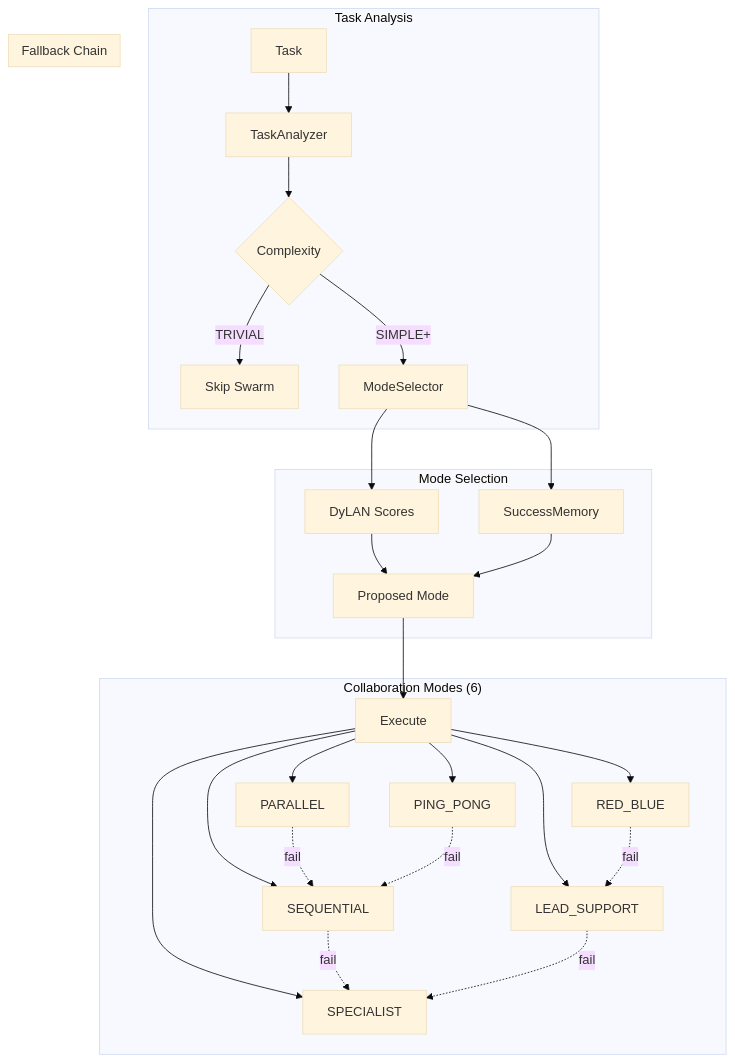
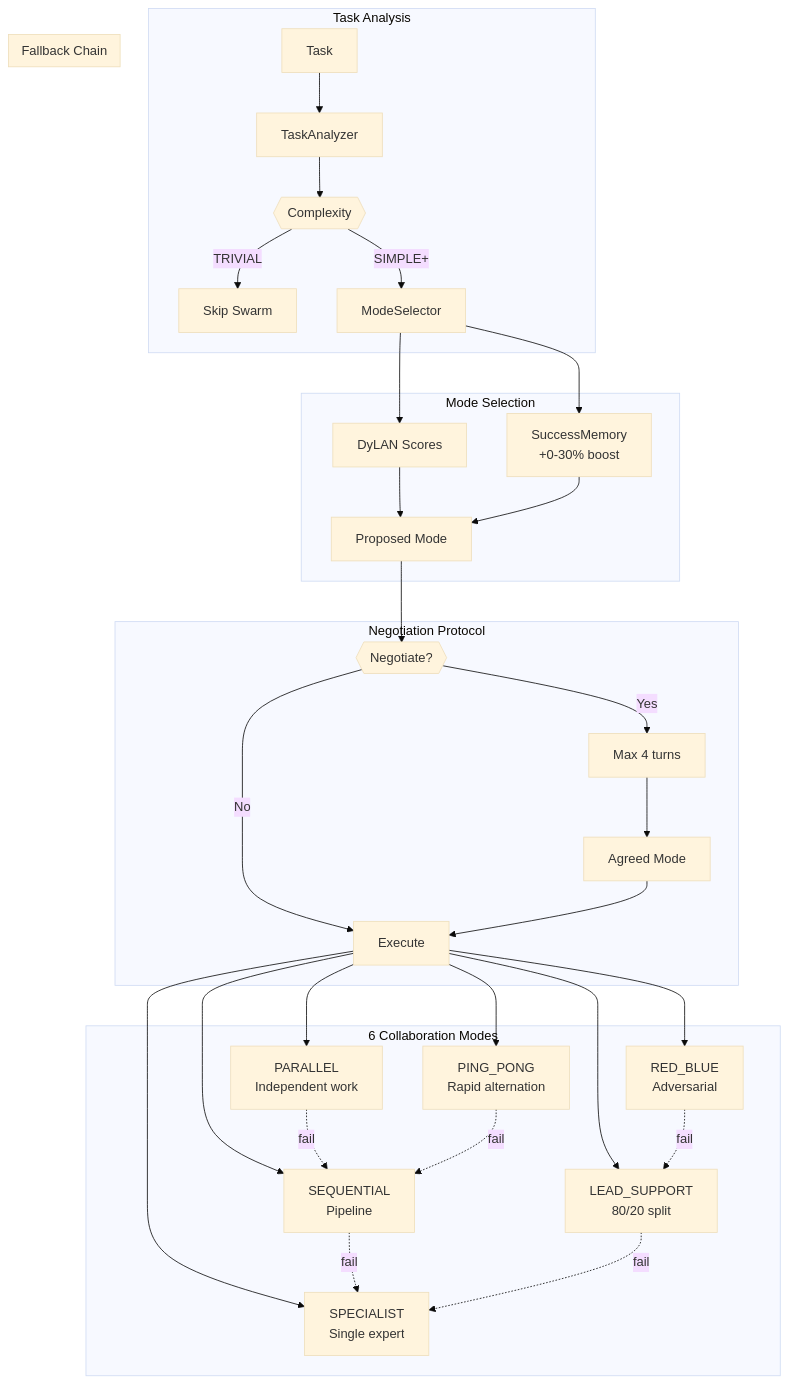
Before and after one commit to yannabadie/NEXUS: the sixth of 10 diagrams in docs/ARCHITECTURE_MAP_GENERATED.md, drawn with Mermaid (base theme). The commit also changed other lines of this file and 1 other file, not shown here.

First line of the commit message:
fix(doc-engine): Mermaid slash escaping + V2.1 dynamic extraction

````diff
--- a/docs/ARCHITECTURE_MAP_GENERATED.md
+++ b/docs/ARCHITECTURE_MAP_GENERATED.md
@@ -120,35 +253,41 @@
 ```mermaid
 graph TD
     subgraph Analysis["Task Analysis"]
         TASK[Task] --> ANALYZER[TaskAnalyzer]
-        ANALYZER --> COMPLEXITY{Complexity}
+        ANALYZER --> COMPLEXITY{{Complexity}}
         COMPLEXITY -->|TRIVIAL| SKIP[Skip Swarm]
         COMPLEXITY -->|SIMPLE+| SELECT[ModeSelector]
     end
 
     subgraph Selection["Mode Selection"]
         SELECT --> DYLAN[DyLAN Scores]
-        SELECT --> MEMORY[SuccessMemory]
+        SELECT --> MEMORY[SuccessMemory<br/>+0-30% boost]
         DYLAN --> PROPOSE[Proposed Mode]
         MEMORY --> PROPOSE
     end
 
-    subgraph Modes["Collaboration Modes (6)"]
-        EXEC[Execute] --> M1[PARALLEL]
-        EXEC --> M2[SEQUENTIAL]
-        EXEC --> M3[LEAD_SUPPORT]
-        EXEC --> M4[PING_PONG]
-        EXEC --> M5[SPECIALIST]
-        EXEC --> M6[RED_BLUE]
+    subgraph Negotiation["Negotiation Protocol"]
+        PROPOSE --> NEG{{Negotiate?}}
+        NEG -->|Yes| DEBATE[Max 4 turns]
+        NEG -->|No| EXEC
+        DEBATE --> AGREED[Agreed Mode]
+        AGREED --> EXEC[Execute]
+    end
+
+    subgraph Modes["6 Collaboration Modes"]
+        EXEC --> M1[PARALLEL<br/>Independent work]
+        EXEC --> M2[SEQUENTIAL<br/>Pipeline]
+        EXEC --> M3[LEAD_SUPPORT<br/>80/20 split]
+        EXEC --> M4[PING_PONG<br/>Rapid alternation]
+        EXEC --> M5[SPECIALIST<br/>Single expert]
+        EXEC --> M6[RED_BLUE<br/>Adversarial]
     end
 
     subgraph Fallback["Fallback Chain"]
         M1 -.->|fail| M2
         M2 -.->|fail| M5
-        M6 -.->|fail| M3
         M3 -.->|fail| M5
         M4 -.->|fail| M2
+        M6 -.->|fail| M3
     end
-
-    PROPOSE --> EXEC
 ```
````
